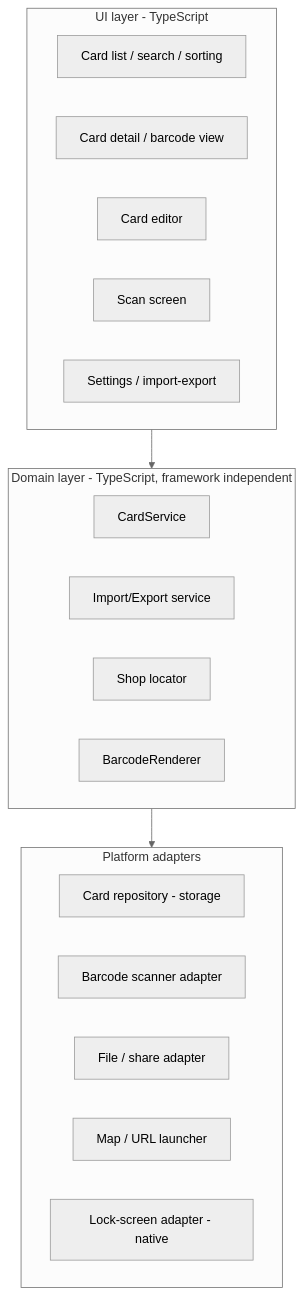
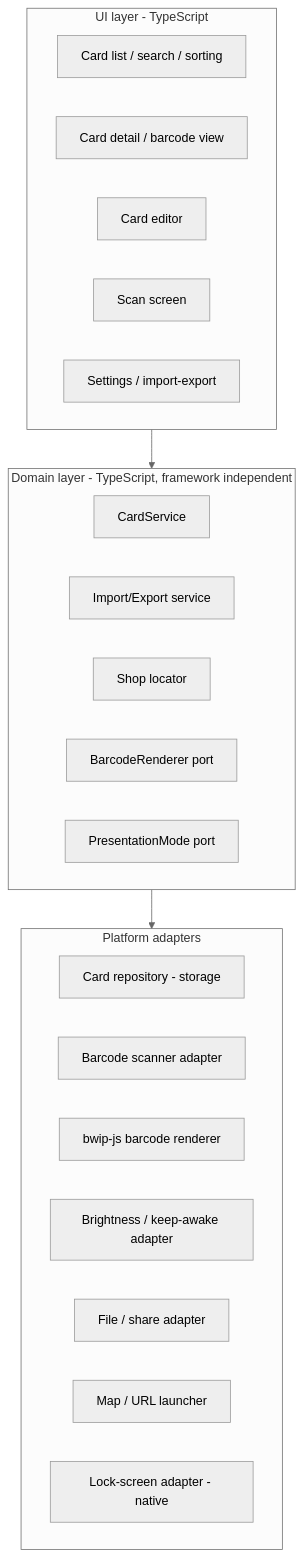
The second of 3 diagrams in docs/architecture/arc42.md (mdelta/mycards), drawn with Mermaid (neutral theme) before and after one commit. The commit also changed other lines of this file and 31 other files, not shown here.

First line of the commit message:
Show cards with a large barcode at full brightness (step 3)

````diff
--- a/docs/architecture/arc42.md
+++ b/docs/architecture/arc42.md
@@ -142,24 +142,27 @@
 ```mermaid
 flowchart TB
   subgraph UI[UI layer - TypeScript]
     CardList[Card list / search / sorting]
     CardDetail[Card detail / barcode view]
     CardEdit[Card editor]
     Scan[Scan screen]
     Settings[Settings / import-export]
   end
   subgraph Domain[Domain layer - TypeScript, framework independent]
     CardService
     ImportExport[Import/Export service]
     ShopLocator[Shop locator]
-    BarcodeRenderer
+    BarcodeRenderer[BarcodeRenderer port]
+    PresentationMode[PresentationMode port]
   end
   subgraph Infra[Platform adapters]
     Repo[Card repository - storage]
     CameraScan[Barcode scanner adapter]
+    Bwip[bwip-js barcode renderer]
+    Screen[Brightness / keep-awake adapter]
     FileAdapter[File / share adapter]
     MapAdapter[Map / URL launcher]
     LockScreen[Lock-screen adapter - native]
   end
   UI --> Domain --> Infra
 ```
````
